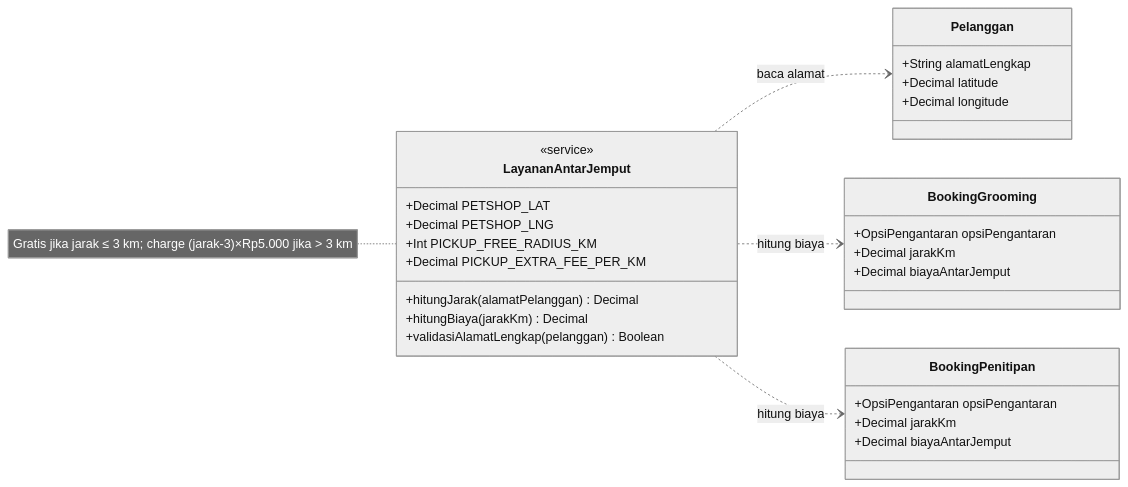
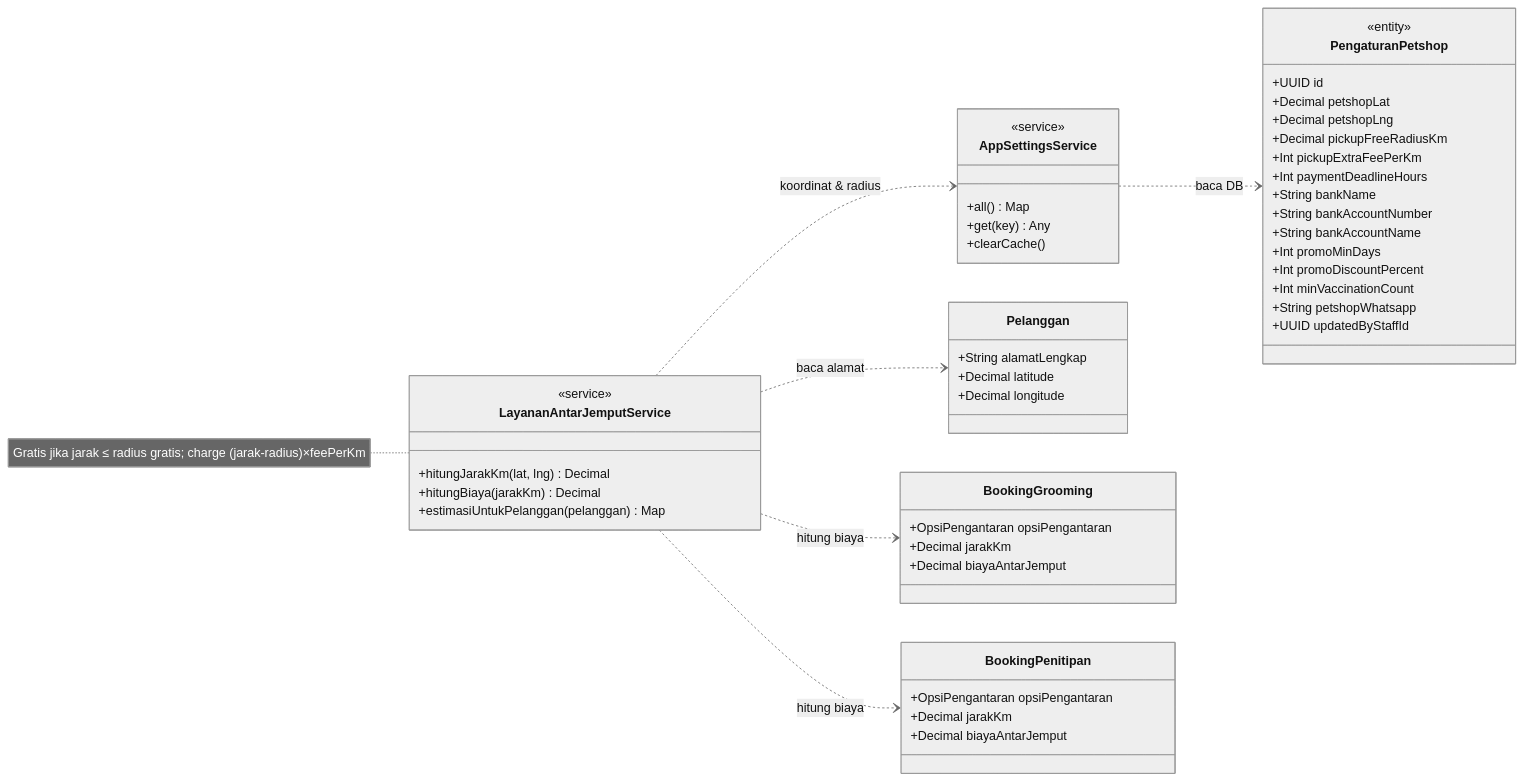
One commit to nonamebkz/pet-hotel changed the ninth of 11 diagrams in diagrams/class/class-diagram.md. Above: the diagram before and after it, drawn with Mermaid (neutral theme). The commit also changed other lines of this file and 149 other files, not shown here.

Commit message:
Implement business settings management for petshop, allowing owners to configure parameters such as pickup radius, payment deadlines, bank details, and promotional settings through the admin dashboard. Update related database schema, diagrams, and application logic to support these features.

````diff
--- a/diagrams/class/class-diagram.md
+++ b/diagrams/class/class-diagram.md
@@ -829,39 +829,62 @@
 ```mermaid
 classDiagram
     direction LR
 
-    class LayananAntarJemput {
+    class AppSettingsService {
         <<service>>
-        +Decimal PETSHOP_LAT
-        +Decimal PETSHOP_LNG
-        +Int PICKUP_FREE_RADIUS_KM
-        +Decimal PICKUP_EXTRA_FEE_PER_KM
-        +hitungJarak(alamatPelanggan) Decimal
+        +all() Map
+        +get(key) Any
+        +clearCache()
+    }
+
+    class PengaturanPetshop {
+        <<entity>>
+        +UUID id
+        +Decimal petshopLat
+        +Decimal petshopLng
+        +Decimal pickupFreeRadiusKm
+        +Int pickupExtraFeePerKm
+        +Int paymentDeadlineHours
+        +String bankName
+        +String bankAccountNumber
+        +String bankAccountName
+        +Int promoMinDays
+        +Int promoDiscountPercent
+        +Int minVaccinationCount
+        +String petshopWhatsapp
+        +UUID updatedByStaffId
+    }
+
+    class LayananAntarJemputService {
+        <<service>>
+        +hitungJarakKm(lat, lng) Decimal
         +hitungBiaya(jarakKm) Decimal
-        +validasiAlamatLengkap(pelanggan) Boolean
+        +estimasiUntukPelanggan(pelanggan) Map
     }
 
     class Pelanggan {
         +String alamatLengkap
         +Decimal latitude
         +Decimal longitude
     }
 
     class BookingGrooming {
         +OpsiPengantaran opsiPengantaran
         +Decimal jarakKm
         +Decimal biayaAntarJemput
     }
 
     class BookingPenitipan {
         +OpsiPengantaran opsiPengantaran
         +Decimal jarakKm
         +Decimal biayaAntarJemput
     }
 
-    LayananAntarJemput ..> Pelanggan : baca alamat
-    LayananAntarJemput ..> BookingGrooming : hitung biaya
-    LayananAntarJemput ..> BookingPenitipan : hitung biaya
+    AppSettingsService ..> PengaturanPetshop : baca DB
+    LayananAntarJemputService ..> AppSettingsService : koordinat & radius
+    LayananAntarJemputService ..> Pelanggan : baca alamat
+    LayananAntarJemputService ..> BookingGrooming : hitung biaya
+    LayananAntarJemputService ..> BookingPenitipan : hitung biaya
 
-    note for LayananAntarJemput "Gratis jika jarak ≤ 3 km; charge (jarak-3)×Rp5.000 jika > 3 km"
+    note for LayananAntarJemputService "Gratis jika jarak ≤ radius gratis; charge (jarak-radius)×feePerKm"
 ```
````
